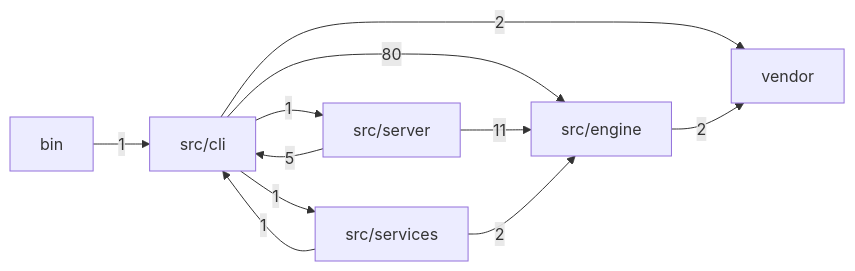
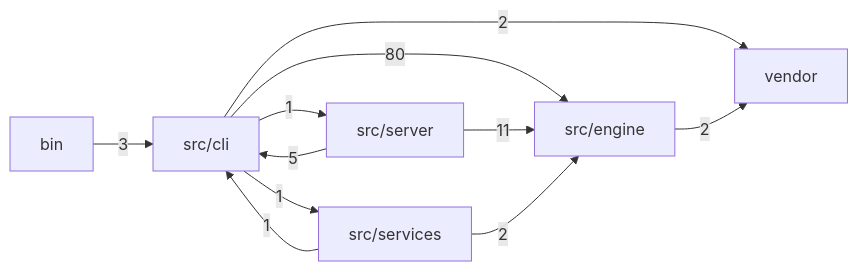
One commit to mgillr/memev changed the first of 2 diagrams in docs/MODULES.md. Above: the diagram before and after it, drawn with Mermaid. The commit also changed other lines of this file and 10 other files, not shown here.

````diff
--- a/docs/MODULES.md
+++ b/docs/MODULES.md
@@ -11,19 +11,19 @@
 ```mermaid
 flowchart LR
   bin["bin"]
   cli["src/cli"]
   engine["src/engine"]
   server["src/server"]
   services["src/services"]
   vendor["vendor"]
-  bin -->|"1"| cli
+  bin -->|"3"| cli
   cli -->|"80"| engine
   cli -->|"1"| server
   cli -->|"1"| services
   cli -->|"2"| vendor
   engine -->|"2"| vendor
   server -->|"5"| cli
   server -->|"11"| engine
   services -->|"1"| cli
   services -->|"2"| engine
 ```
````
